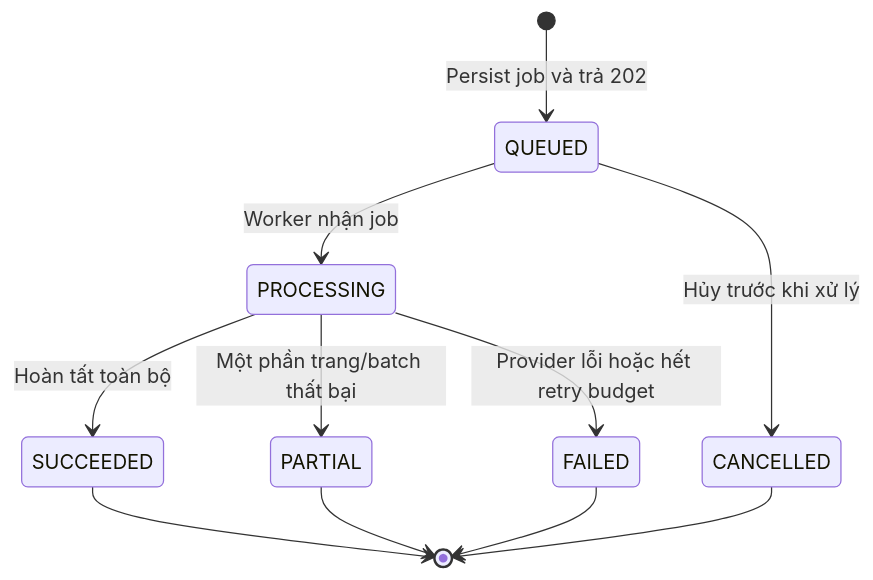
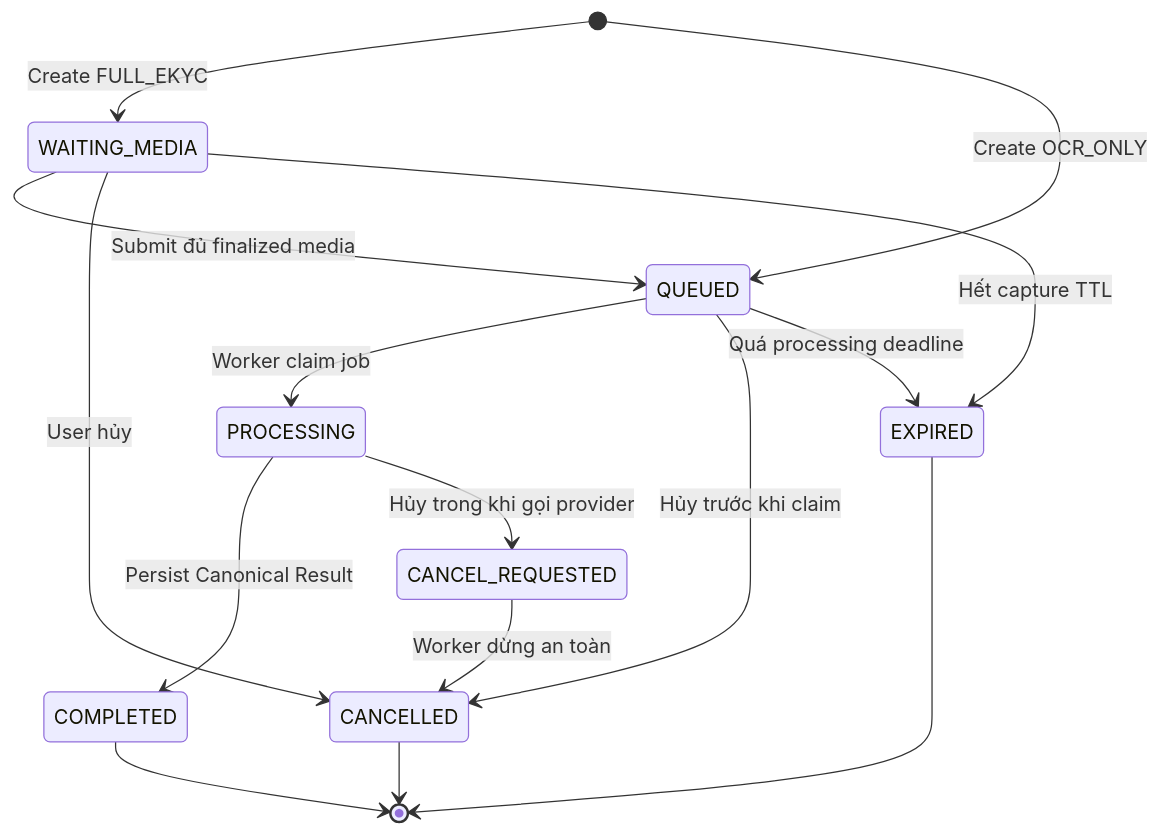
Before and after one commit to huynv-xyz/vhm: the fifth of 5 diagrams in noxh.md, drawn with Mermaid. The commit also changed other lines of this file, not shown here.

````diff
--- a/noxh.md
+++ b/noxh.md
@@ -377,13 +461,17 @@
 ```mermaid
 stateDiagram-v2
-    [*] --> QUEUED: Persist job và trả 202
-    QUEUED --> PROCESSING: Worker nhận job
-    QUEUED --> CANCELLED: Hủy trước khi xử lý
-    PROCESSING --> SUCCEEDED: Hoàn tất toàn bộ
-    PROCESSING --> PARTIAL: Một phần trang/batch thất bại
-    PROCESSING --> FAILED: Provider lỗi hoặc hết retry budget
-    SUCCEEDED --> [*]
-    PARTIAL --> [*]
-    FAILED --> [*]
+    [*] --> WAITING_MEDIA: Create FULL_EKYC
+    [*] --> QUEUED: Create OCR_ONLY
+    WAITING_MEDIA --> QUEUED: Submit đủ finalized media
+    WAITING_MEDIA --> CANCELLED: User hủy
+    WAITING_MEDIA --> EXPIRED: Hết capture TTL
+    QUEUED --> PROCESSING: Worker claim job
+    QUEUED --> CANCELLED: Hủy trước khi claim
+    QUEUED --> EXPIRED: Quá processing deadline
+    PROCESSING --> COMPLETED: Persist Canonical Result
+    PROCESSING --> CANCEL_REQUESTED: Hủy trong khi gọi provider
+    CANCEL_REQUESTED --> CANCELLED: Worker dừng an toàn
+    COMPLETED --> [*]
     CANCELLED --> [*]
+    EXPIRED --> [*]
 ```
````
